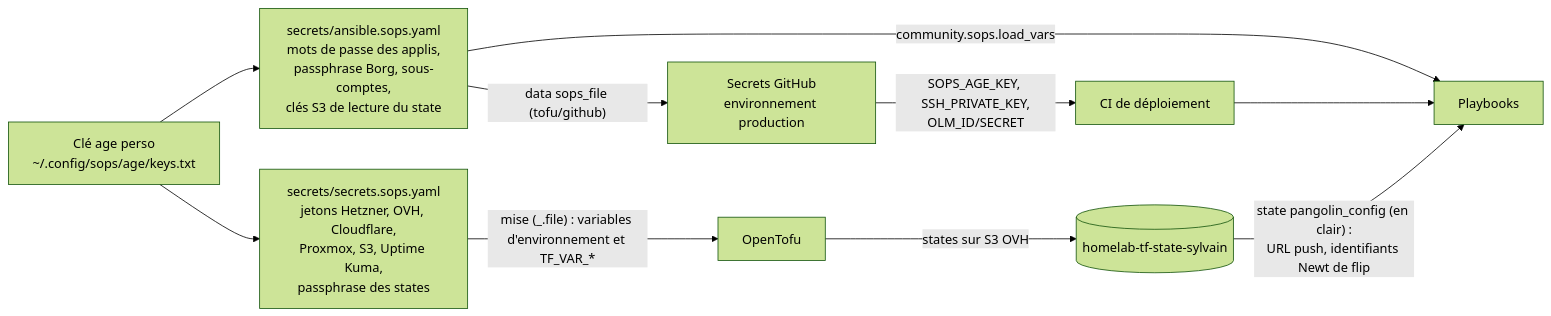
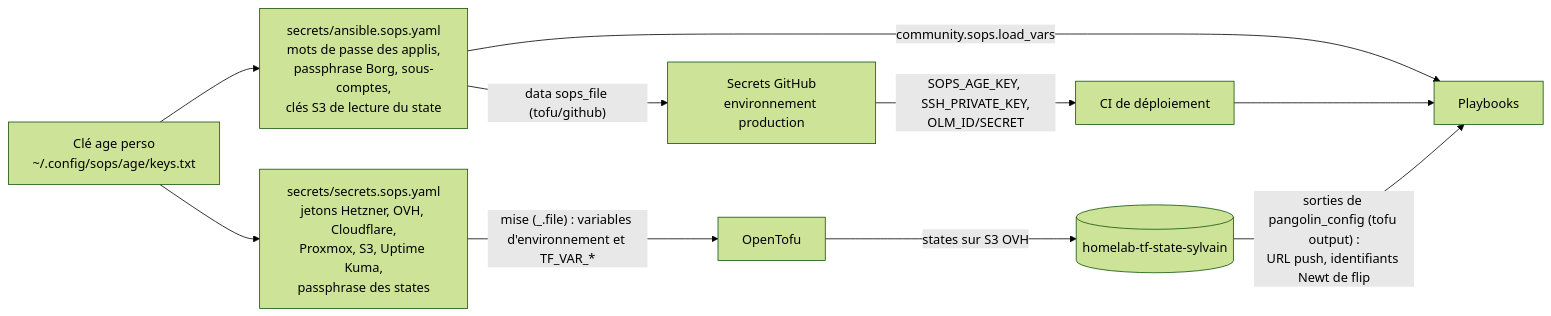
Before and after one commit to sylvainmetayer/homelab: the second of 4 diagrams in docs/architecture.md, drawn with Mermaid (forest theme). The commit also changed other lines of this file and 12 other files, not shown here.

First line of the commit message:
feat(ansible): lecture des sorties de pangolin_config par tofu output (audit sc1, phase 1)

````diff
--- a/docs/architecture.md
+++ b/docs/architecture.md
@@ -275,15 +275,15 @@
 ```mermaid
 flowchart LR
   agekey["Clé age perso<br/>~/.config/sops/age/keys.txt"]
   root["secrets/secrets.sops.yaml<br/>jetons Hetzner, OVH, Cloudflare,<br/>Proxmox, S3, Uptime Kuma,<br/>passphrase des states"]
   ans["secrets/ansible.sops.yaml<br/>mots de passe des applis,<br/>passphrase Borg, sous-comptes,<br/>clés S3 de lecture du state"]
   agekey --> root
   agekey --> ans
   root -- "mise (_.file) : variables d'environnement et TF_VAR_*" --> tofu[OpenTofu]
   ans -- "community.sops.load_vars" --> ansible[Playbooks]
   ans -- "data sops_file (tofu/github)" --> gh["Secrets GitHub<br/>environnement production"]
   gh -- "SOPS_AGE_KEY, SSH_PRIVATE_KEY,<br/>OLM_ID/SECRET" --> ci[CI de déploiement]
   ci --> ansible
   tofu -- "states sur S3 OVH" --> s3[("homelab-tf-state-sylvain")]
-  s3 -- "state pangolin_config (en clair) :<br/>URL push, identifiants Newt de flip" --> ansible
+  s3 -- "sorties de pangolin_config (tofu output) :<br/>URL push, identifiants Newt de flip" --> ansible
 ```
````
